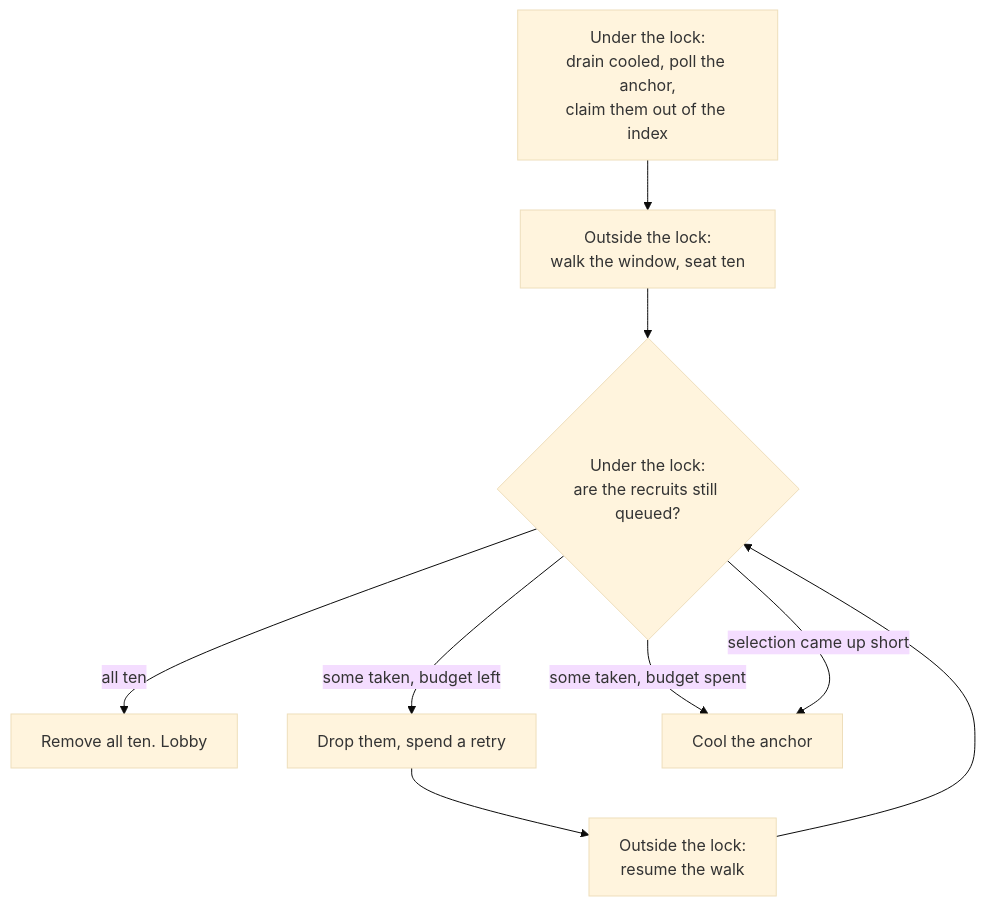
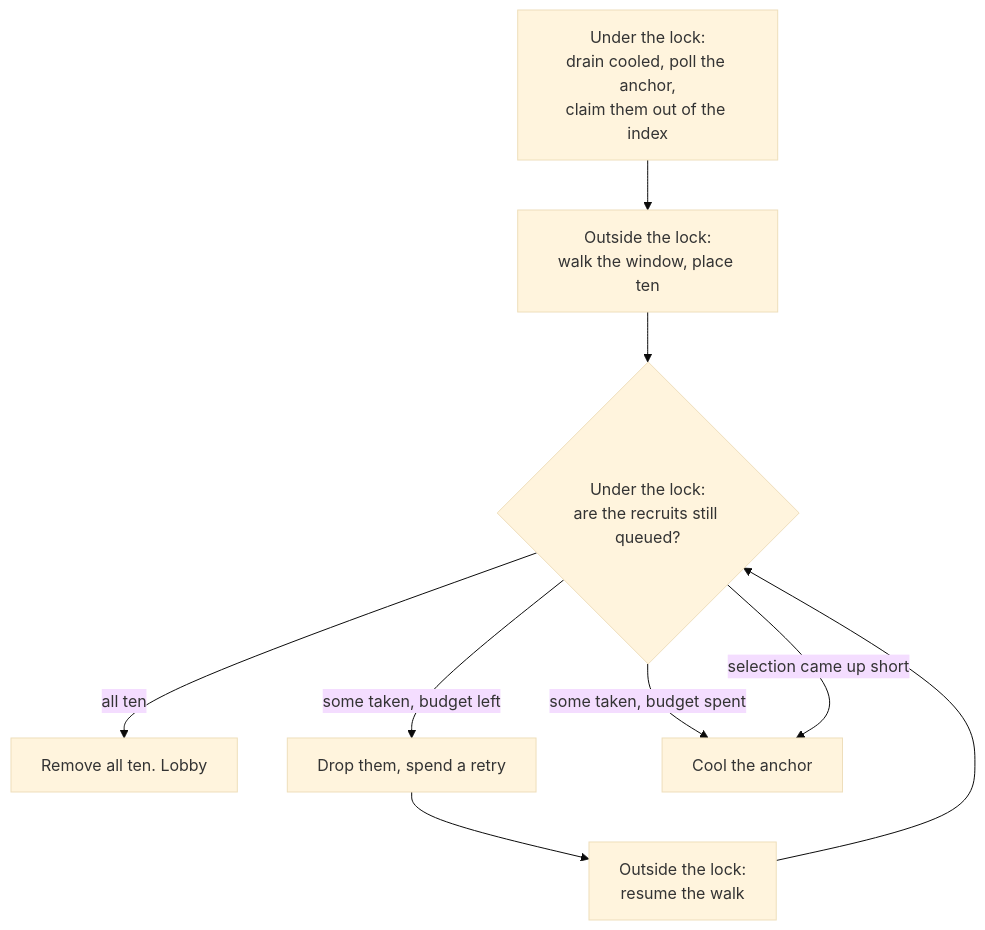
The third of 6 diagrams in docs/project-extended-description.md (Amrovv/match3d), drawn with Mermaid (base theme) before and after one commit. The commit also changed other lines of this file and 13 other files, not shown here.

````diff
--- a/docs/project-extended-description.md
+++ b/docs/project-extended-description.md
@@ -312,12 +312,12 @@
 ```mermaid
 flowchart TD
     poll["Under the lock:<br/>drain cooled, poll the anchor,<br/>claim them out of the index"] --> select
-    select["Outside the lock:<br/>walk the window, seat ten"] --> verify
+    select["Outside the lock:<br/>walk the window, place ten"] --> verify
     verify{"Under the lock:<br/>are the recruits still queued?"}
     verify -- "all ten" --> commit["Remove all ten. Lobby"]
     verify -- "some taken, budget left" --> drop["Drop them, spend a retry"]
     drop --> resume["Outside the lock:<br/>resume the walk"]
     resume --> verify
     verify -- "some taken, budget spent" --> cool["Cool the anchor"]
     verify -- "selection came up short" --> cool
 ```
````
